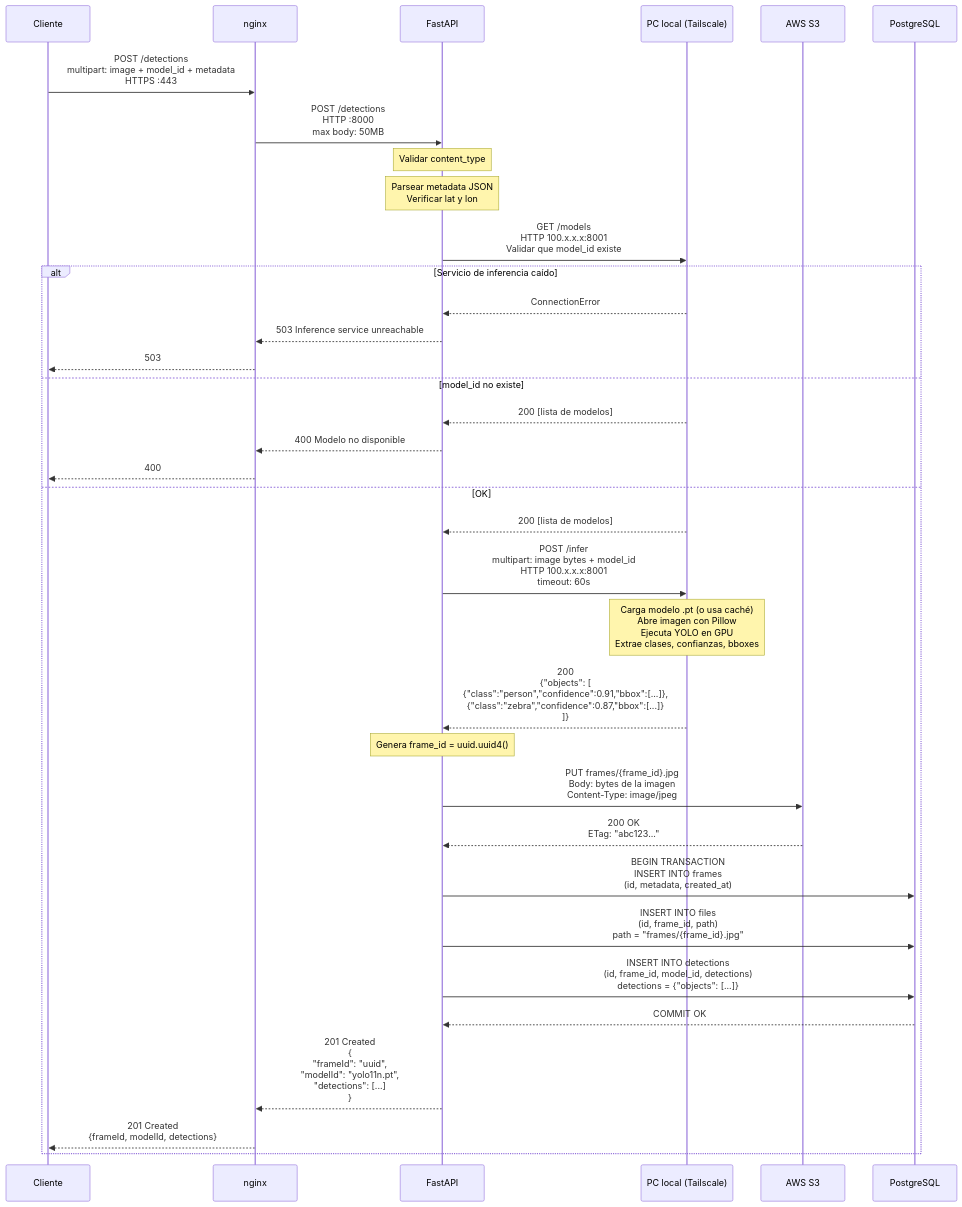
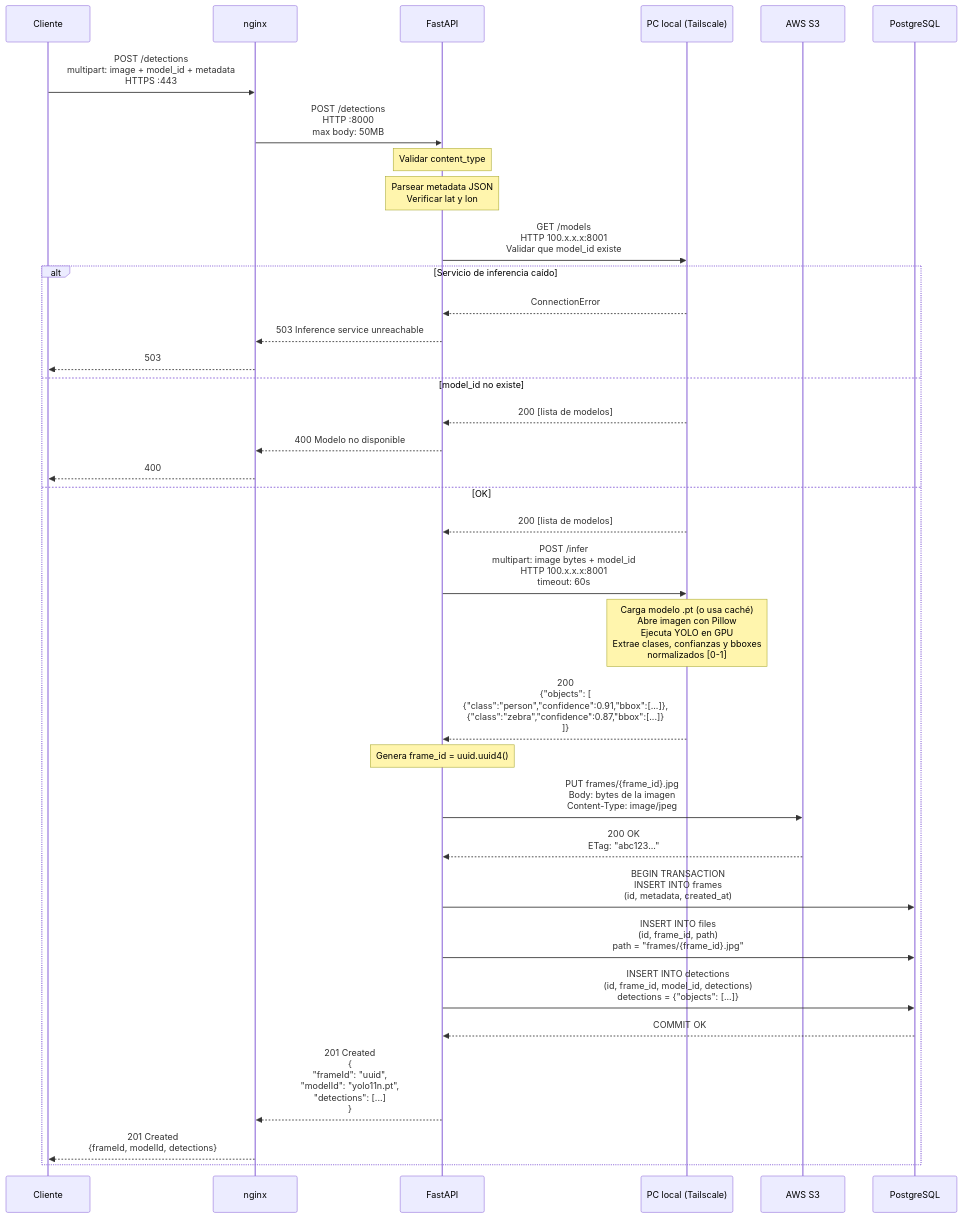
One commit to bautimacedo/SOA-ComputerVision-2026 changed the third of 5 diagrams in Documentación/SECUENCIAS.md. Above: the diagram before and after it, drawn with Mermaid. The commit also changed 4 other files, not shown here.

````diff
--- a/Documentación/SECUENCIAS.md
+++ b/Documentación/SECUENCIAS.md
@@ -61,48 +61,48 @@
 ```mermaid
 sequenceDiagram
     participant C as Cliente
     participant N as nginx
     participant F as FastAPI
     participant PC as PC local (Tailscale)
     participant S3 as AWS S3
     participant DB as PostgreSQL
 
     C->>N: POST /detections<br/>multipart: image + model_id + metadata<br/>HTTPS :443
     N->>F: POST /detections<br/>HTTP :8000<br/>max body: 50MB
 
     Note over F: Validar content_type
     Note over F: Parsear metadata JSON<br/>Verificar lat y lon
 
     F->>PC: GET /models<br/>HTTP 100.x.x.x:8001<br/>Validar que model_id existe
 
     alt Servicio de inferencia caído
         PC-->>F: ConnectionError
         F-->>N: 503 Inference service unreachable
         N-->>C: 503
     else model_id no existe
         PC-->>F: 200 [lista de modelos]
         F-->>N: 400 Modelo no disponible
         N-->>C: 400
     else OK
         PC-->>F: 200 [lista de modelos]
 
         F->>PC: POST /infer<br/>multipart: image bytes + model_id<br/>HTTP 100.x.x.x:8001<br/>timeout: 60s
 
-        Note over PC: Carga modelo .pt (o usa caché)<br/>Abre imagen con Pillow<br/>Ejecuta YOLO en GPU<br/>Extrae clases, confianzas, bboxes
+        Note over PC: Carga modelo .pt (o usa caché)<br/>Abre imagen con Pillow<br/>Ejecuta YOLO en GPU<br/>Extrae clases, confianzas y bboxes<br/>normalizados [0-1]
 
         PC-->>F: 200<br/>{"objects": [<br/>  {"class":"person","confidence":0.91,"bbox":[...]},<br/>  {"class":"zebra","confidence":0.87,"bbox":[...]}<br/>]}
 
         Note over F: Genera frame_id = uuid.uuid4()
 
         F->>S3: PUT frames/{frame_id}.jpg<br/>Body: bytes de la imagen<br/>Content-Type: image/jpeg
         S3-->>F: 200 OK<br/>ETag: "abc123..."
 
         F->>DB: BEGIN TRANSACTION<br/>INSERT INTO frames<br/>(id, metadata, created_at)
         F->>DB: INSERT INTO files<br/>(id, frame_id, path)<br/>path = "frames/{frame_id}.jpg"
         F->>DB: INSERT INTO detections<br/>(id, frame_id, model_id, detections)<br/>detections = {"objects": [...]}
         DB-->>F: COMMIT OK
 
         F-->>N: 201 Created<br/>{<br/>  "frameId": "uuid",<br/>  "modelId": "yolo11n.pt",<br/>  "detections": [...]<br/>}
         N-->>C: 201 Created<br/>{frameId, modelId, detections}
     end
 ```
````
